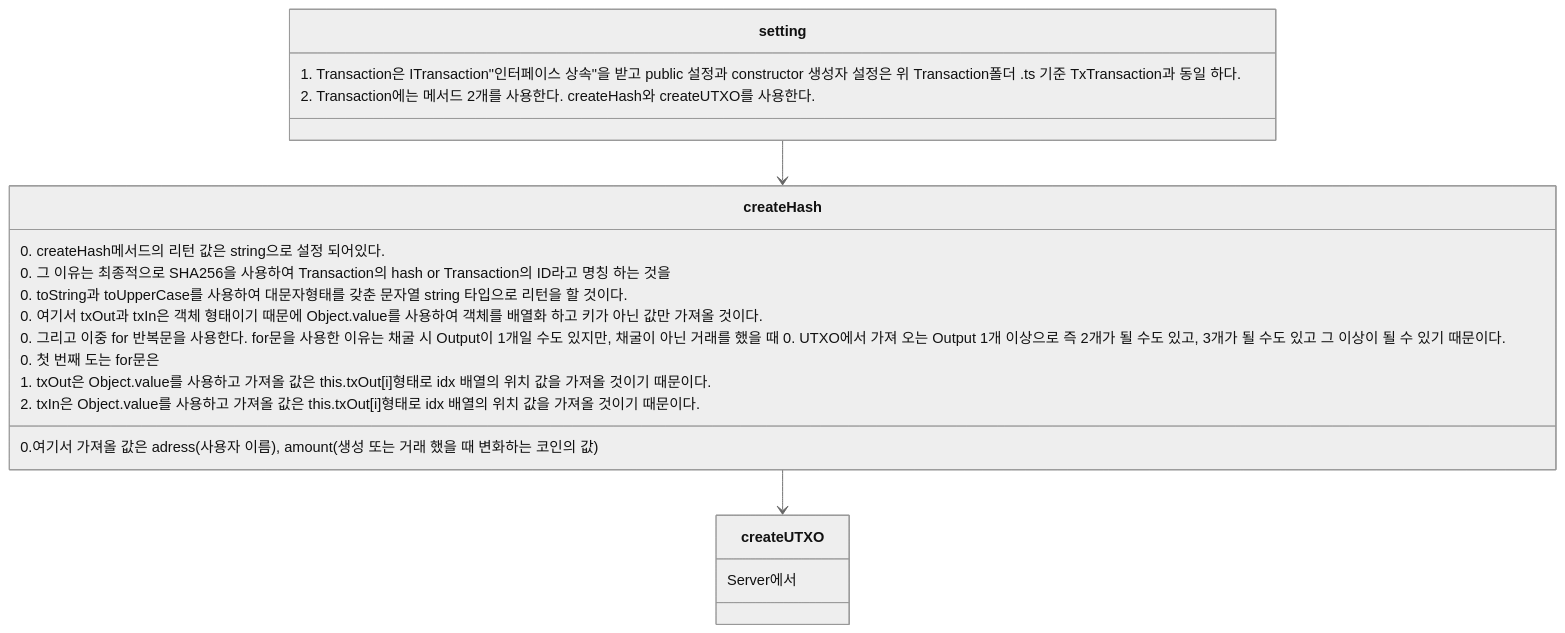
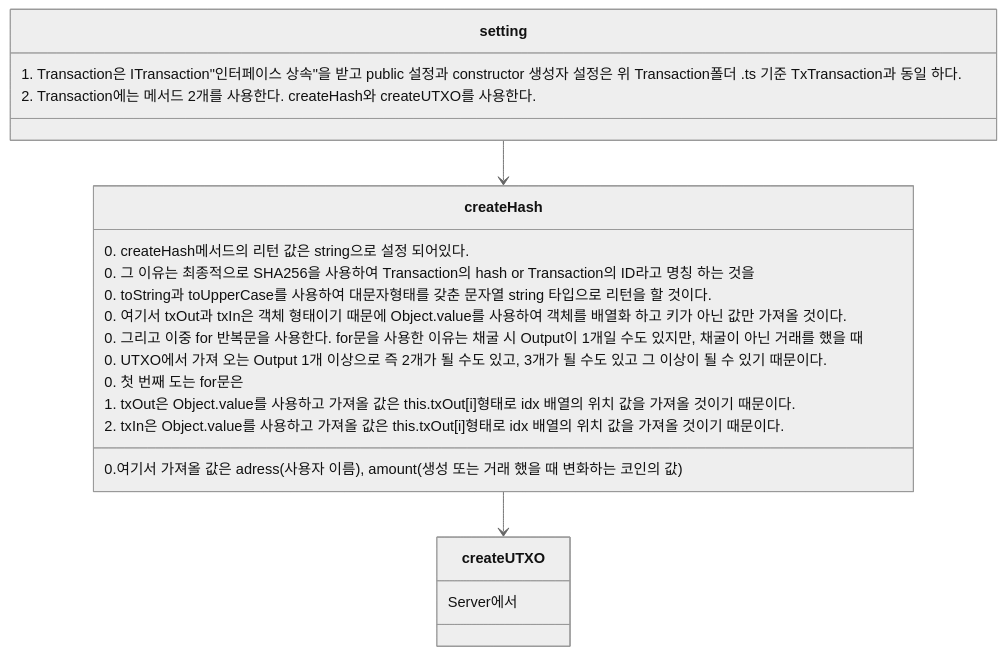
One commit to HGWA333/Block changed the third of 5 diagrams in chain/block020/block/ReadMe.md. Above: the diagram before and after it, drawn with Mermaid (neutral theme).

````diff
--- a/chain/block020/block/ReadMe.md
+++ b/chain/block020/block/ReadMe.md
@@ -107,27 +107,28 @@
 ```mermaid
 classDiagram
 setting --> createHash
 createHash --> createUTXO
 class setting{
  1. Transaction은 ITransaction"인터페이스 상속"을 받고 public 설정과 constructor 생성자 설정은 위 Transaction폴더 .ts 기준 TxTransaction과 동일 하다.
  2. Transaction에는 메서드 2개를 사용한다. createHash와 createUTXO를 사용한다.
 }
 class createHash{
   0. createHash메서드의 리턴 값은 string으로 설정 되어있다.
   0. 그 이유는 최종적으로 SHA256을 사용하여 Transaction의 hash or Transaction의 ID라고 명칭 하는 것을
   0. toString과 toUpperCase를 사용하여 대문자형태를 갖춘 문자열 string 타입으로 리턴을 할 것이다.
   0. 여기서 txOut과 txIn은 객체 형태이기 때문에 Object.value를 사용하여 객체를 배열화 하고 키가 아닌 값만 가져올 것이다.
   0.여기서 가져올 값은 adress(사용자 이름), amount(생성 또는 거래 했을 때 변화하는 코인의 값)
 
-  0. 그리고 이중 for 반복문을 사용한다. for문을 사용한 이유는 채굴 시 Output이 1개일 수도 있지만, 채굴이 아닌 거래를 했을 때 0. UTXO에서 가져 오는 Output 1개 이상으로 즉 2개가 될 수도 있고, 3개가 될 수도 있고 그 이상이 될 수 있기 때문이다.
+  0. 그리고 이중 for 반복문을 사용한다. for문을 사용한 이유는 채굴 시 Output이 1개일 수도 있지만, 채굴이 아닌 거래를 했을 때
+  0. UTXO에서 가져 오는 Output 1개 이상으로 즉 2개가 될 수도 있고, 3개가 될 수도 있고 그 이상이 될 수 있기 때문이다.
   0. 첫 번째 도는 for문은
 
   1. txOut은 Object.value를 사용하고 가져올 값은 this.txOut[i]형태로 idx 배열의 위치 값을 가져올 것이기 때문이다.
 
   2. txIn은 Object.value를 사용하고 가져올 값은 this.txOut[i]형태로 idx 배열의 위치 값을 가져올 것이기 때문이다.
 }
 class createUTXO{
  Server에서
 }
 
 ```
````
